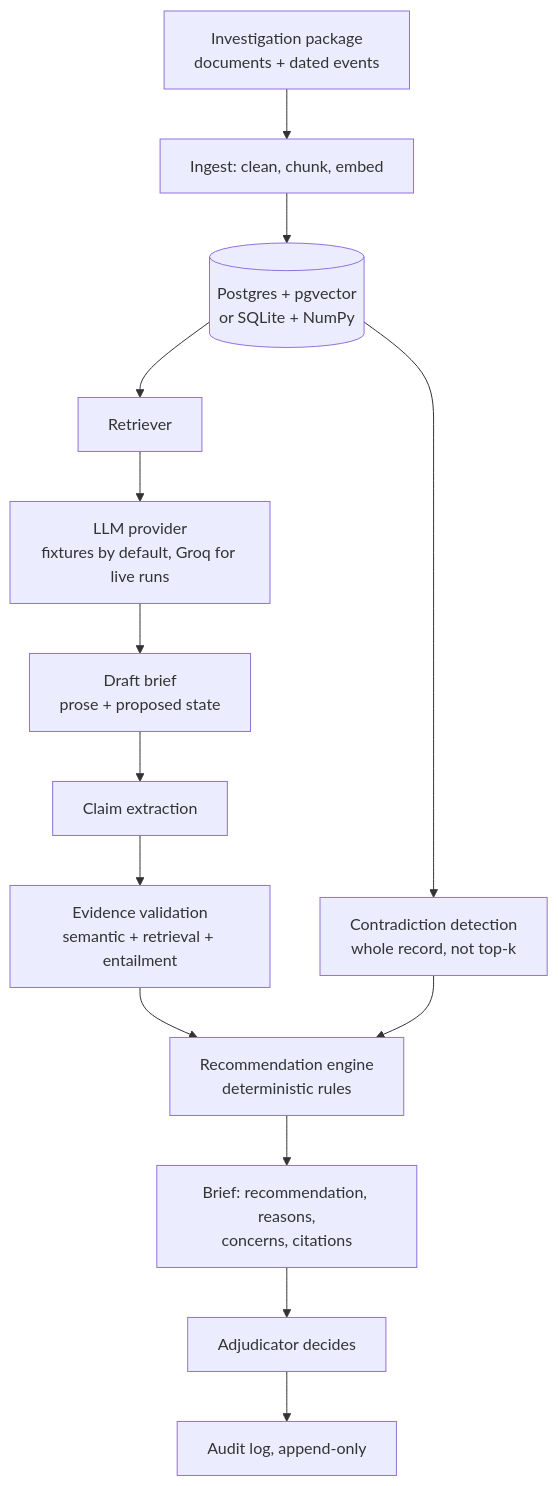
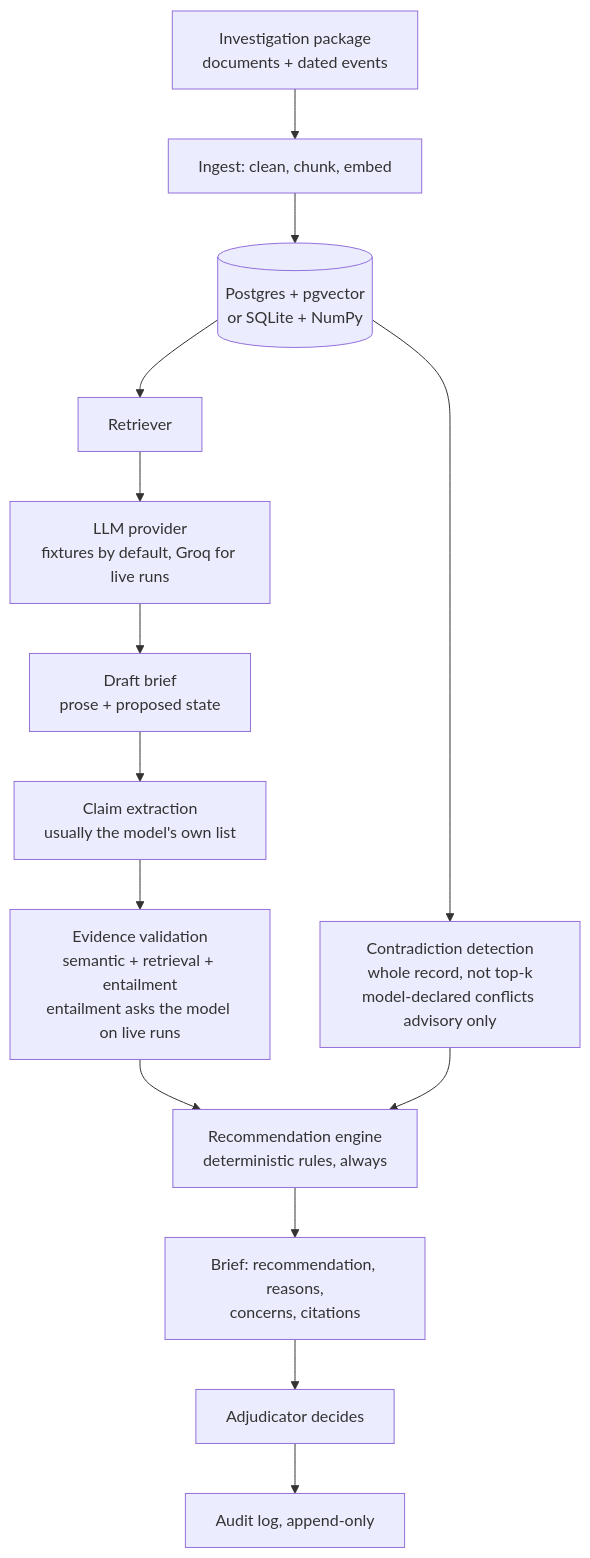
The diagram in README.md (rohanbm123/MissionTrustAI), drawn with Mermaid before and after one commit. The commit also changed other lines of this file, not shown here.

First line of the commit message:
Correct the architecture section on where the model appears

````diff
--- a/README.md
+++ b/README.md
@@ -38,16 +38,16 @@
 ```mermaid
 flowchart TD
     A[Investigation package<br/>documents + dated events] --> B[Ingest: clean, chunk, embed]
     B --> C[(Postgres + pgvector<br/>or SQLite + NumPy)]
     C --> D[Retriever]
     D --> E[LLM provider<br/>fixtures by default, Groq for live runs]
     E --> F[Draft brief<br/>prose + proposed state]
-    F --> G[Claim extraction]
-    G --> H[Evidence validation<br/>semantic + retrieval + entailment]
-    C --> I[Contradiction detection<br/>whole record, not top-k]
-    H --> J[Recommendation engine<br/>deterministic rules]
+    F --> G[Claim extraction<br/>usually the model's own list]
+    G --> H[Evidence validation<br/>semantic + retrieval + entailment<br/>entailment asks the model on live runs]
+    C --> I[Contradiction detection<br/>whole record, not top-k<br/>model-declared conflicts advisory only]
+    H --> J[Recommendation engine<br/>deterministic rules, always]
     I --> J
     J --> K[Brief: recommendation, reasons,<br/>concerns, citations]
     K --> L[Adjudicator decides]
     L --> M[Audit log, append-only]
 ```
````
